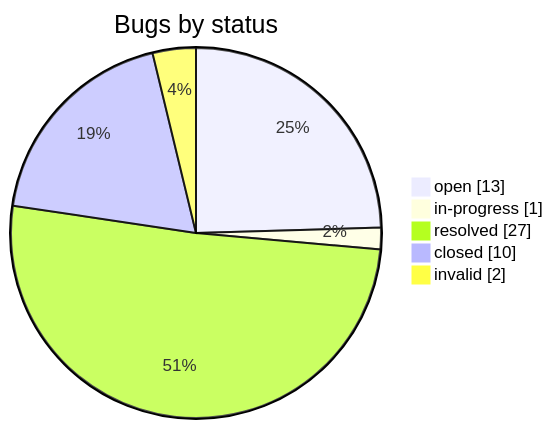
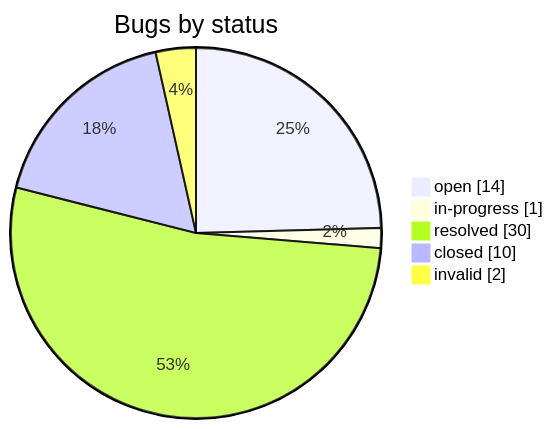
The second of 2 diagrams in STATUS.md (iammaxsu/automatic-testing-architecture), drawn with Mermaid before and after one commit. The commit also changed other lines of this file and 8 other files, not shown here.

````diff
--- a/STATUS.md
+++ b/STATUS.md
@@ -165,8 +165,8 @@
 ```mermaid
 pie showData title Bugs by status
-    "open" : 13
+    "open" : 14
     "in-progress" : 1
-    "resolved" : 27
+    "resolved" : 30
     "closed" : 10
     "invalid" : 2
 ```
````
